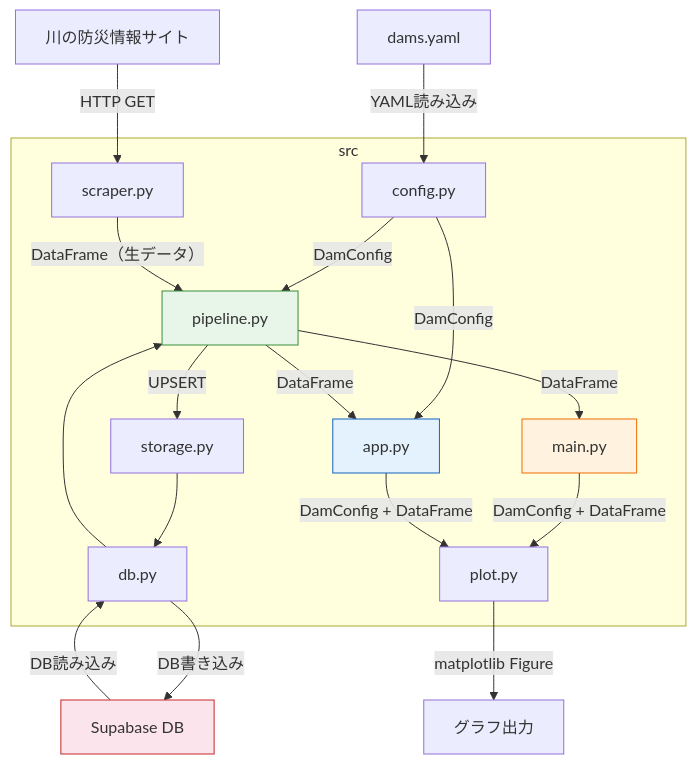
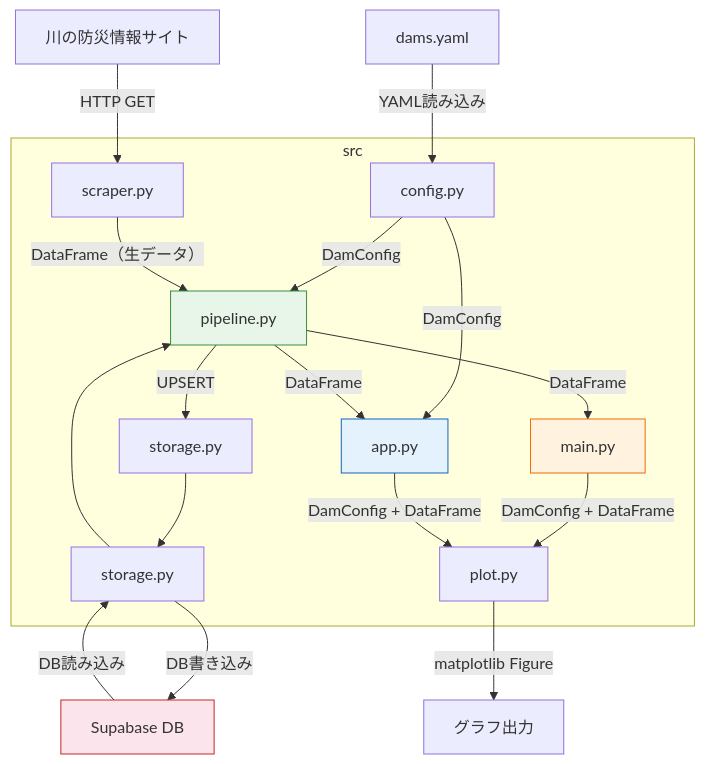
The diagram in doc/Diagram.md (yukkie/WaterLevelMonitor), drawn with Mermaid before and after one commit. The commit also changed 7 other files, not shown here.

````diff
--- a/doc/Diagram.md
+++ b/doc/Diagram.md
@@ -3,41 +3,41 @@
 ```mermaid
 graph TD
     YAML["dams.yaml"]
     DB["Supabase DB"]
     WEB["川の防災情報サイト"]
     GRAPH["グラフ出力"]
 
     subgraph src
         CONFIG["config.py"]
         SCRAPER["scraper.py"]
         STORAGE["storage.py"]
-        DB_MOD["db.py"]
+        DB_MOD["storage.py"]
         PIPELINE["pipeline.py"]
         PLOT["plot.py"]
         MAIN["main.py"]
         APP["app.py"]
     end
 
     YAML -- "YAML読み込み" --> CONFIG
     CONFIG -- "DamConfig" --> PIPELINE
     CONFIG -- "DamConfig" --> APP
 
     WEB -- "HTTP GET" --> SCRAPER
     SCRAPER -- "DataFrame（生データ）" --> PIPELINE
     PIPELINE -- "UPSERT" --> STORAGE
     STORAGE --> DB_MOD
     DB_MOD -- "DB書き込み" --> DB
     DB -- "DB読み込み" --> DB_MOD
     DB_MOD --> PIPELINE
     PIPELINE -- "DataFrame" --> MAIN
     PIPELINE -- "DataFrame" --> APP
 
     MAIN -- "DamConfig + DataFrame" --> PLOT
     APP -- "DamConfig + DataFrame" --> PLOT
     PLOT -- "matplotlib Figure" --> GRAPH
 
     style PIPELINE fill:#e8f5e9,stroke:#388e3c
     style APP fill:#e3f2fd,stroke:#1565c0
     style MAIN fill:#fff3e0,stroke:#ef6c00
     style DB fill:#fce4ec,stroke:#c62828
 ```
````
